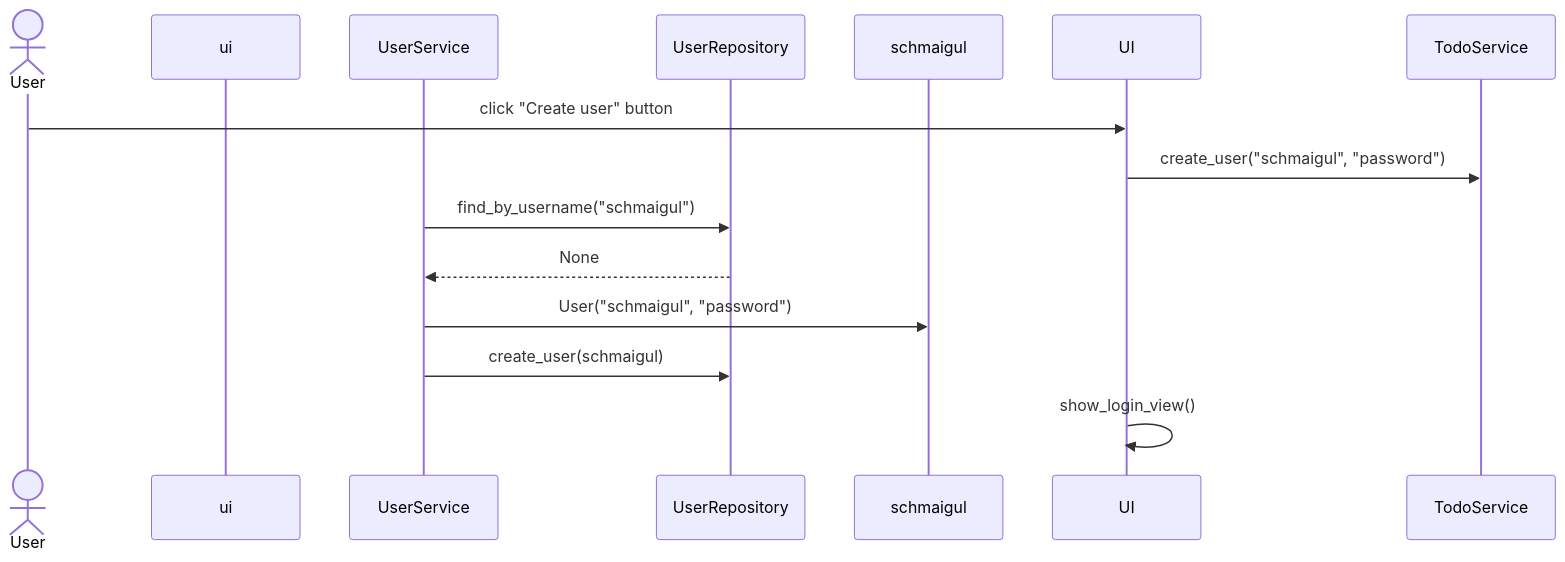
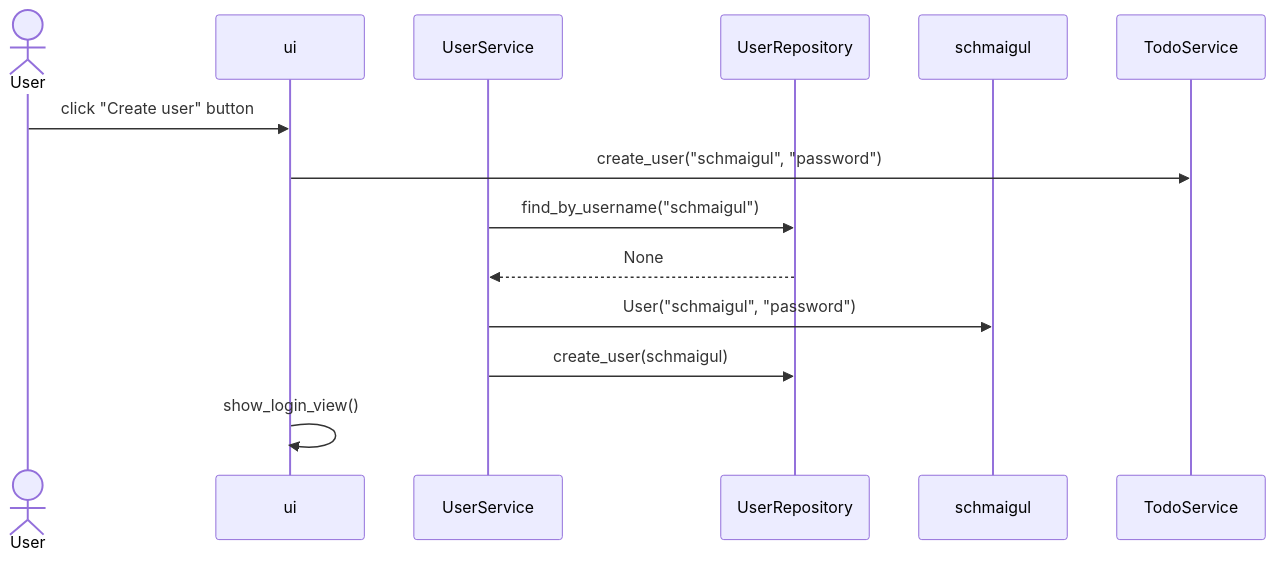
The second of 3 diagrams in dokumentaatio/arkkitehtuuri.md (schmaigul/ot-harjoitusty-), drawn with Mermaid before and after one commit.

Commit message:
Fiexed sequence diagram

````diff
--- a/dokumentaatio/arkkitehtuuri.md
+++ b/dokumentaatio/arkkitehtuuri.md
@@ -85,15 +85,15 @@
 ```mermaid
 sequenceDiagram
   actor User
   participant ui
   participant UserService
   participant UserRepository
   participant schmaigul
-  User->>UI: click "Create user" button
-  UI->>TodoService: create_user("schmaigul", "password")
+  User->>ui: click "Create user" button
+  ui->>TodoService: create_user("schmaigul", "password")
   UserService->>UserRepository: find_by_username("schmaigul")
   UserRepository-->>UserService: None
   UserService->>schmaigul: User("schmaigul", "password")
   UserService->>UserRepository: create_user(schmaigul)
-  UI->>UI: show_login_view()
+  ui->>ui: show_login_view()
 ```
````
